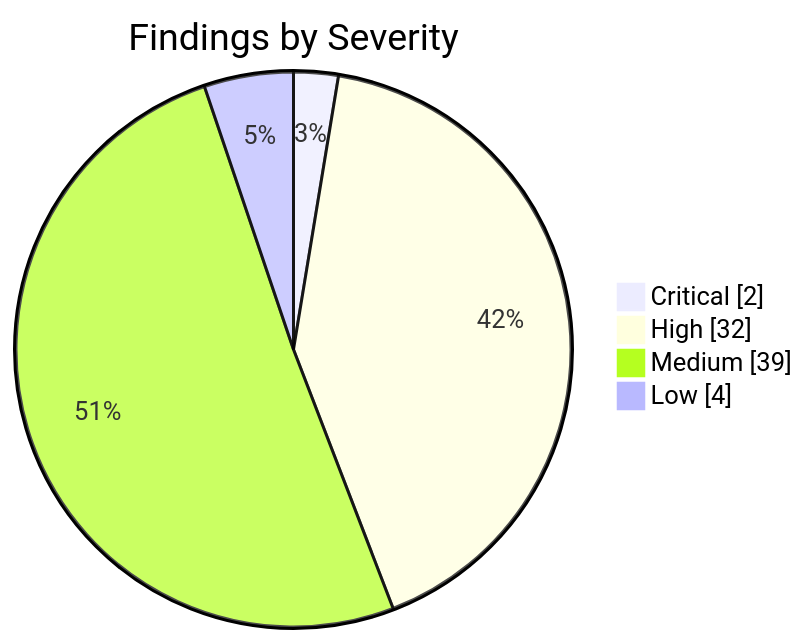
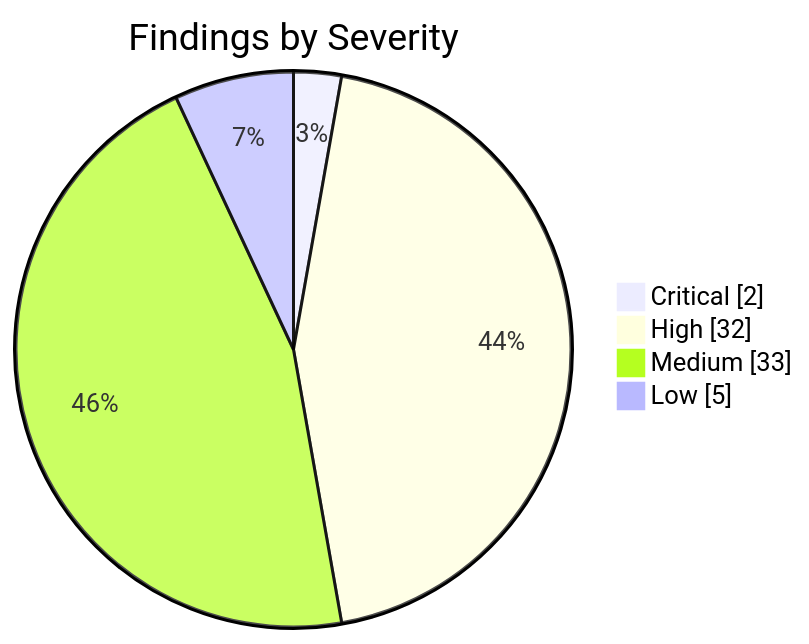
The first of 2 diagrams in apps/kbve/astro-kbve/src/content/docs/dashboard/security.mdx (KBVE/kbve), drawn with Mermaid before and after one commit. The commit also changed other lines of this file and 8 other files, not shown here.

````diff
--- a/apps/kbve/astro-kbve/src/content/docs/dashboard/security.mdx
+++ b/apps/kbve/astro-kbve/src/content/docs/dashboard/security.mdx
@@ -62,8 +62,8 @@
 ```mermaid
 pie showData
     title Findings by Severity
     "Critical" : 2
     "High" : 32
-    "Medium" : 39
-    "Low" : 4
+    "Medium" : 33
+    "Low" : 5
 ```
````
